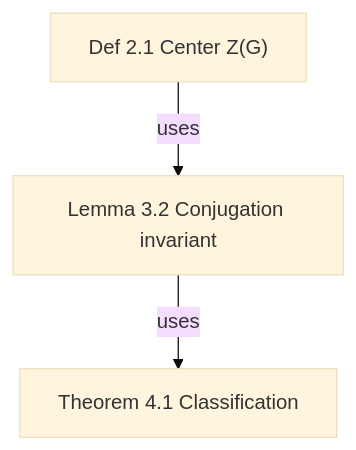
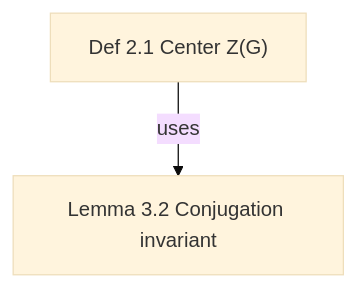
One commit to kanghelyu/omni-flow changed the diagram in skills/omni-flow/SKILL.md. Above: the diagram before and after it, drawn with Mermaid (base theme). The commit also changed other lines of this file, not shown here.

````diff
--- a/skills/omni-flow/SKILL.md
+++ b/skills/omni-flow/SKILL.md
@@ -215,5 +285,4 @@
 ```mermaid
 flowchart TD
-  A["Def 2.1 Center Z(G)"] -->|"uses"| B["Lemma 3.2 Conjugation invariant"]
-  B -->|"uses"| C["Theorem 4.1 Classification"]
+  def-2.1["Def 2.1 Center Z(G)"] -->|"uses"| lem-3.2["Lemma 3.2 Conjugation invariant"]
 ```
````
